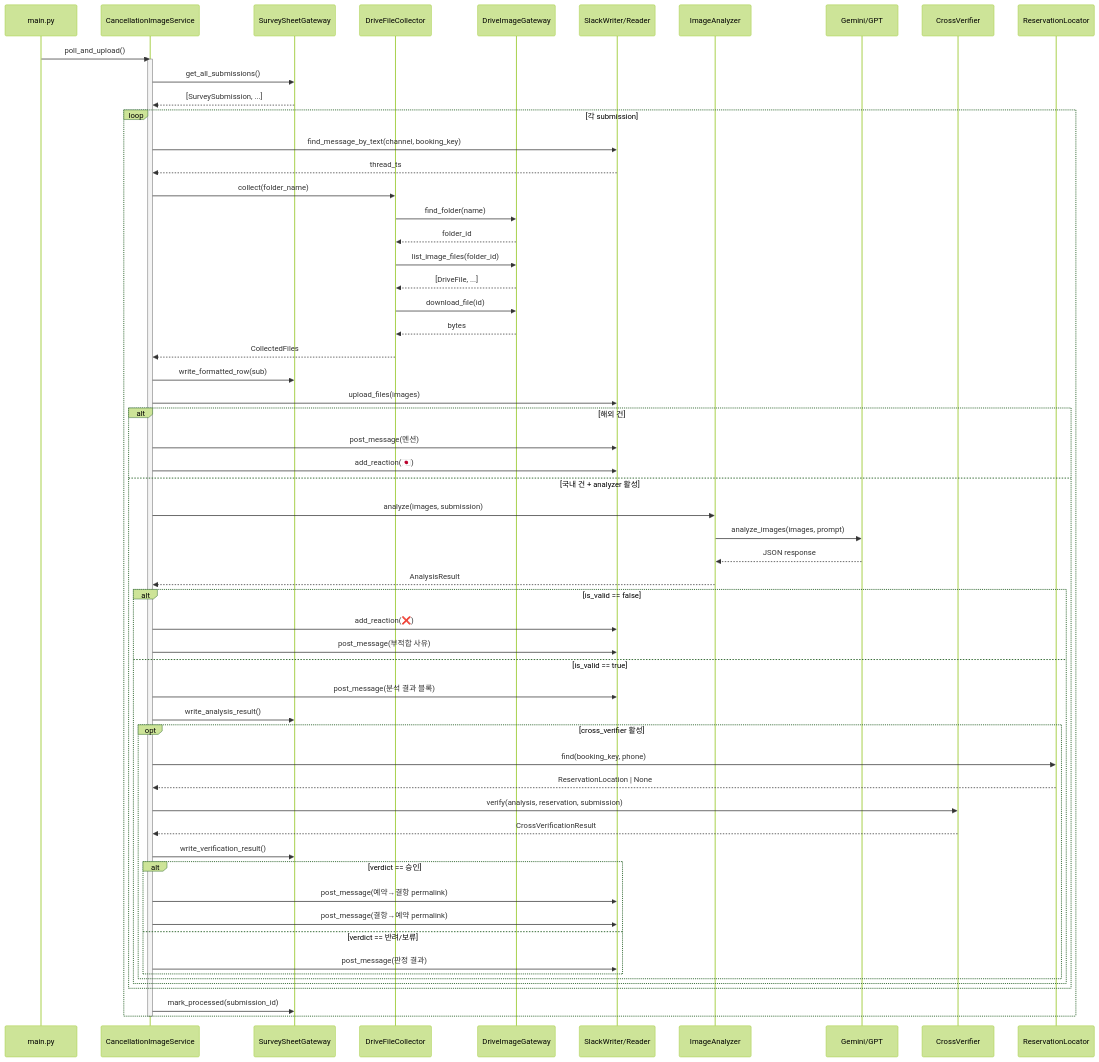
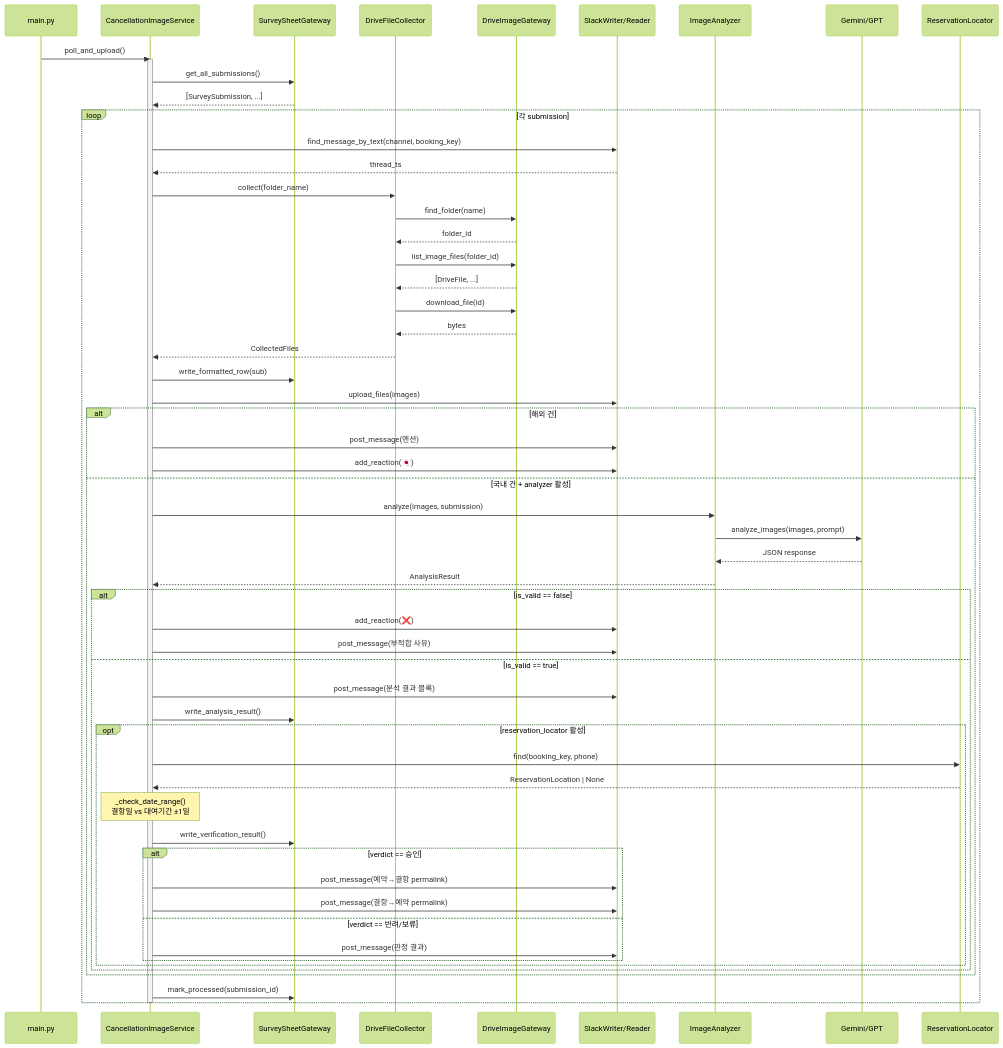
Before and after one commit to min1336/ai-slackapp: the first of 3 diagrams in cancellation-design.md, drawn with Mermaid (forest theme). The commit also changed other lines of this file and 8 other files, not shown here.

First line of the commit message:
HOTFIX: (AI-83) CrossVerifier 제거 후속 — 로깅·분석품질·요약표시 개선

````diff
--- a/cancellation-design.md
+++ b/cancellation-design.md
@@ -314,72 +295,70 @@
 ```mermaid
 sequenceDiagram
     participant Main as main.py
     participant CIS as CancellationImageService
     participant Survey as SurveySheetGateway
     participant Collector as DriveFileCollector
     participant Drive as DriveImageGateway
     participant Slack as SlackWriter/Reader
     participant Analyzer as ImageAnalyzer
     participant AI as Gemini/GPT
-    participant CV as CrossVerifier
     participant RL as ReservationLocator
 
     Main->>CIS: poll_and_upload()
     activate CIS
     CIS->>Survey: get_all_submissions()
     Survey-->>CIS: [SurveySubmission, ...]
 
     loop 각 submission
         CIS->>Slack: find_message_by_text(channel, booking_key)
         Slack-->>CIS: thread_ts
 
         CIS->>Collector: collect(folder_name)
         Collector->>Drive: find_folder(name)
         Drive-->>Collector: folder_id
         Collector->>Drive: list_image_files(folder_id)
         Drive-->>Collector: [DriveFile, ...]
         Collector->>Drive: download_file(id)
         Drive-->>Collector: bytes
         Collector-->>CIS: CollectedFiles
 
         CIS->>Survey: write_formatted_row(sub)
         CIS->>Slack: upload_files(images)
 
         alt 해외 건
             CIS->>Slack: post_message(멘션)
             CIS->>Slack: add_reaction(🇯🇵)
         else 국내 건 + analyzer 활성
             CIS->>Analyzer: analyze(images, submission)
             Analyzer->>AI: analyze_images(images, prompt)
             AI-->>Analyzer: JSON response
             Analyzer-->>CIS: AnalysisResult
 
             alt is_valid == false
                 CIS->>Slack: add_reaction(❌)
                 CIS->>Slack: post_message(부적합 사유)
             else is_valid == true
                 CIS->>Slack: post_message(분석 결과 블록)
                 CIS->>Survey: write_analysis_result()
 
-                opt cross_verifier 활성
+                opt reservation_locator 활성
                     CIS->>RL: find(booking_key, phone)
                     RL-->>CIS: ReservationLocation | None
-                    CIS->>CV: verify(analysis, reservation, submission)
-                    CV-->>CIS: CrossVerificationResult
+                    Note over CIS: _check_date_range()<br/>결항일 vs 대여기간 ±1일
 
                     CIS->>Survey: write_verification_result()
 
                     alt verdict == 승인
                         CIS->>Slack: post_message(예약→결항 permalink)
                         CIS->>Slack: post_message(결항→예약 permalink)
                     else verdict == 반려/보류
                         CIS->>Slack: post_message(판정 결과)
                     end
                 end
             end
         end
 
         CIS->>Survey: mark_processed(submission_id)
     end
     deactivate CIS
 ```
````
